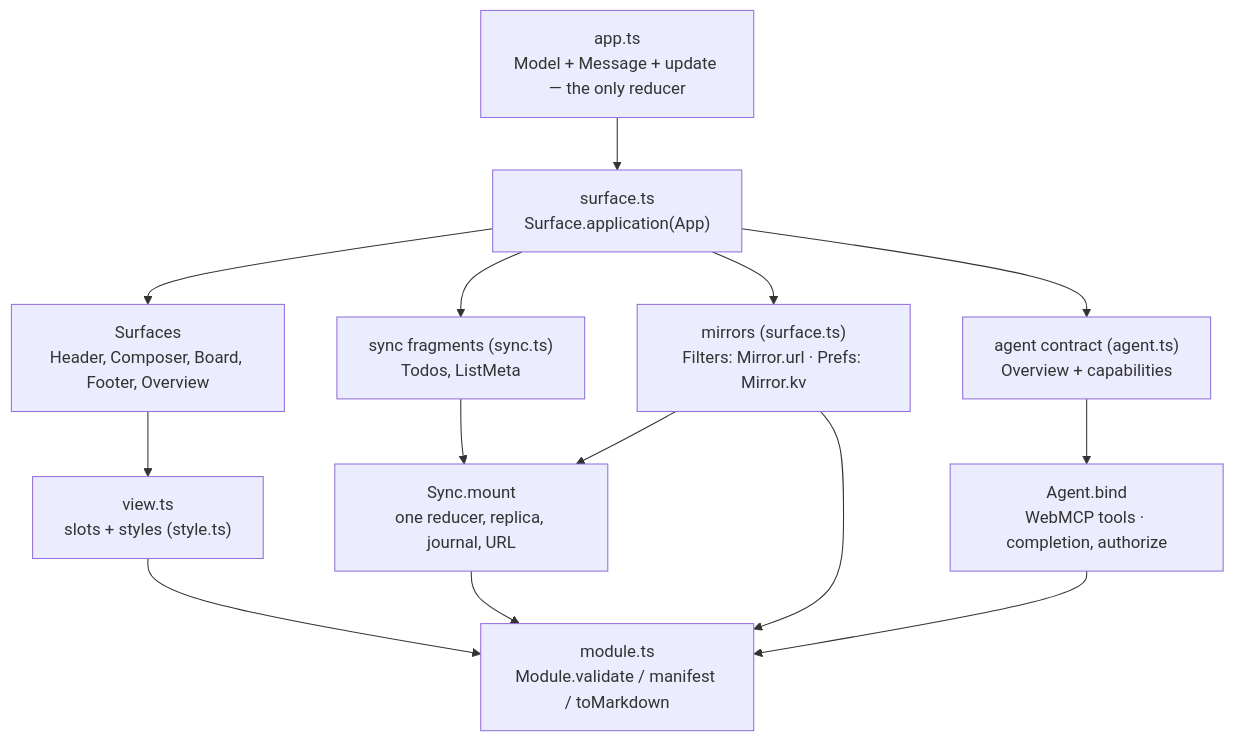
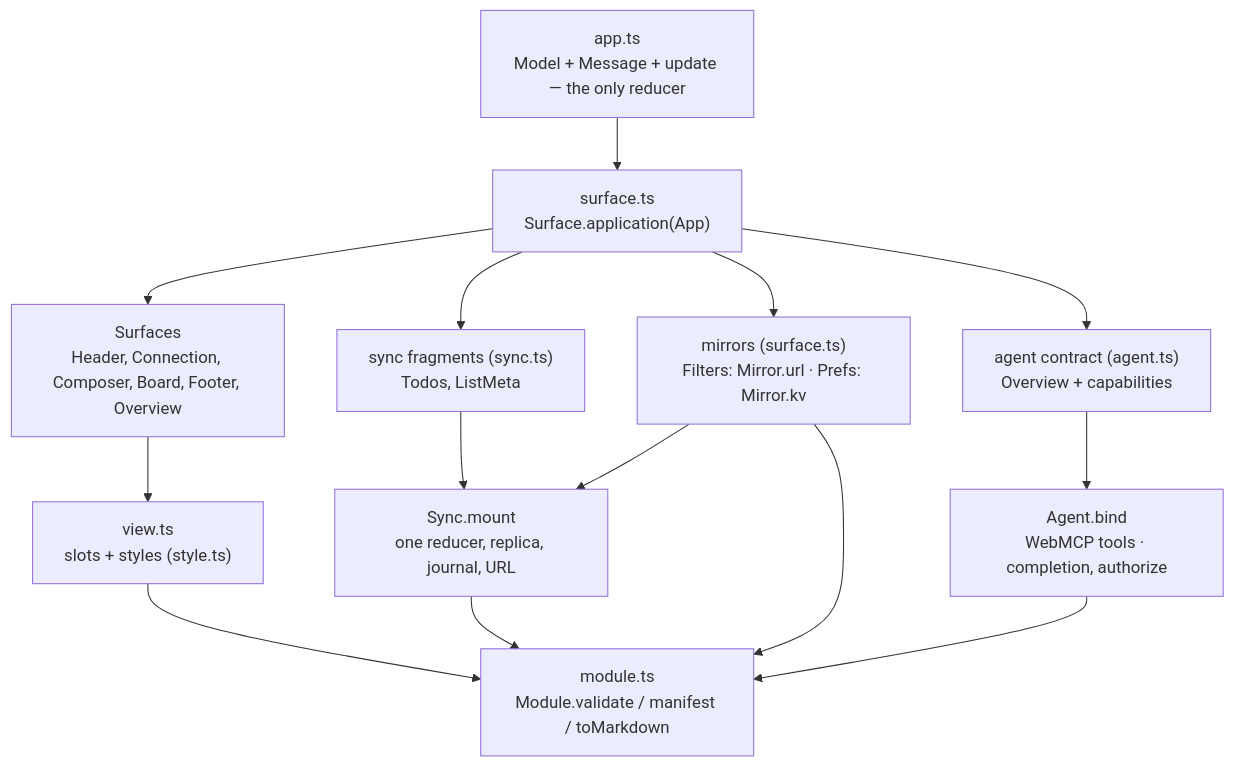
Before and after one commit to doeixd/foldkit-plus: the diagram in examples/todo-app/README.md, drawn with Mermaid. The commit also changed other lines of this file and 16 other files, not shown here.

````diff
--- a/examples/todo-app/README.md
+++ b/examples/todo-app/README.md
@@ -67,19 +72,19 @@
 ```mermaid
 flowchart TB
   app["app.ts<br/>Model + Message + update — the only reducer"]
   surface["surface.ts<br/>Surface.application(App)"]
-  surfaces["Surfaces<br/>Header, Composer, Board, Footer, Overview"]
+  surfaces["Surfaces<br/>Header, Connection, Composer, Board, Footer, Overview"]
   fragments["sync fragments (sync.ts)<br/>Todos, ListMeta"]
   contract["agent contract (agent.ts)<br/>Overview + capabilities"]
   mirrors["mirrors (surface.ts)<br/>Filters: Mirror.url · Prefs: Mirror.kv"]
   view["view.ts<br/>slots + styles (style.ts)"]
   mount["Sync.mount<br/>one reducer, replica, journal, URL"]
   bind["Agent.bind<br/>WebMCP tools · completion, authorize"]
   module["module.ts<br/>Module.validate / manifest / toMarkdown"]
   app --> surface
   surface --> surfaces --> view --> module
   surface --> fragments --> mount --> module
   surface --> mirrors --> mount
   mirrors --> module
   surface --> contract --> bind --> module
 ```
````
